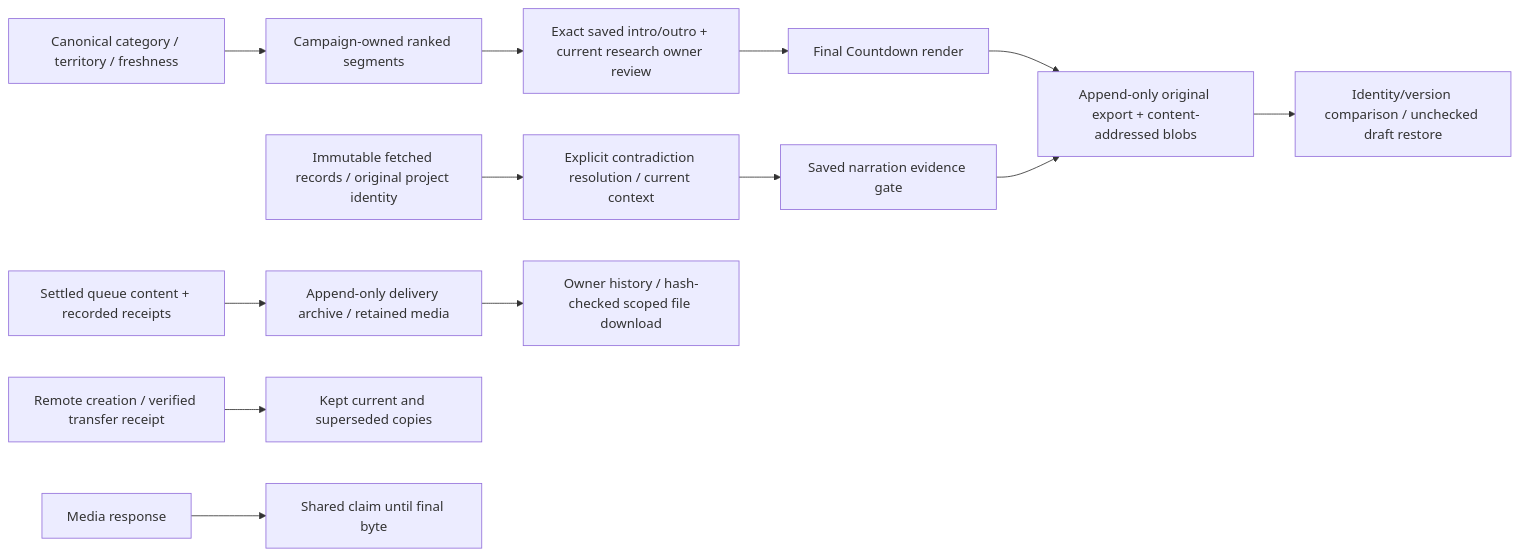
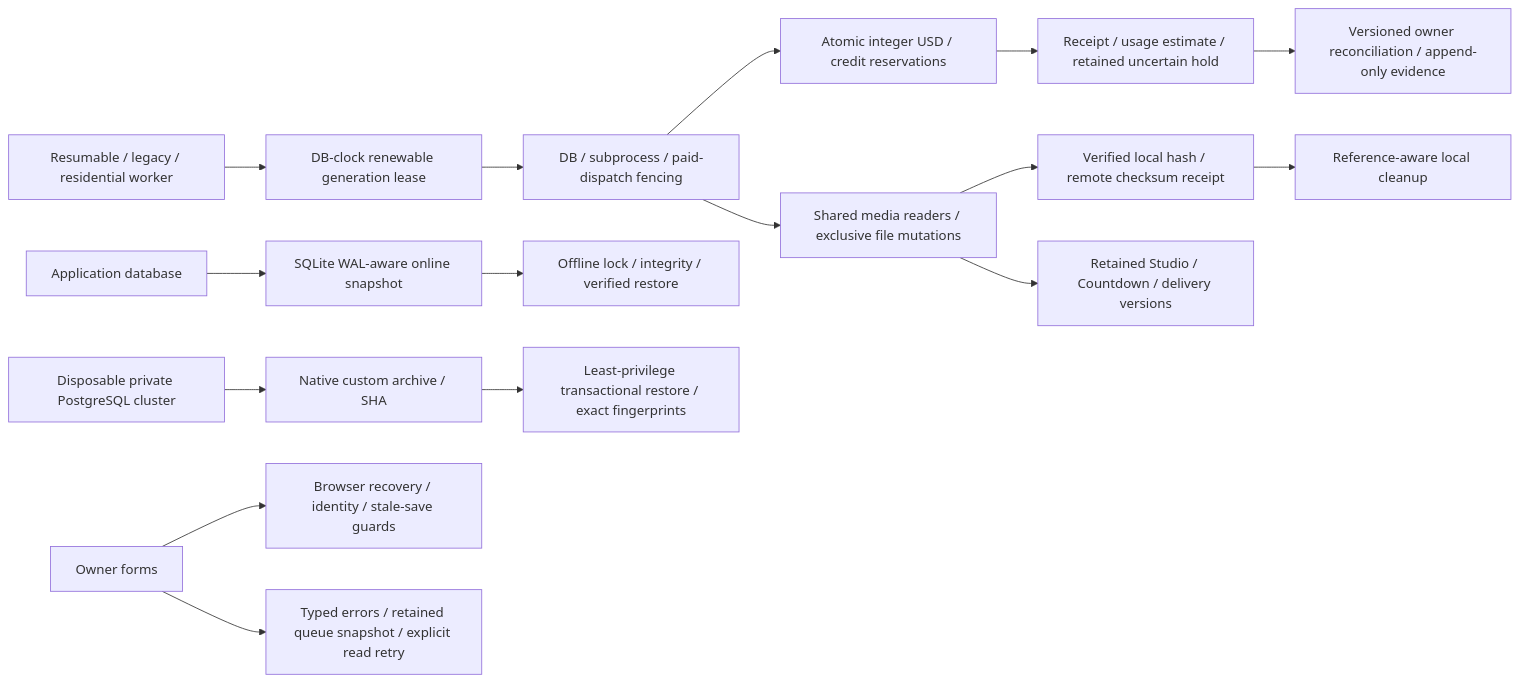
One commit to qwazi12/scrapper changed the third of 4 diagrams in docs/implementation/ARCHITECTURE_CHECKPOINT.md. Above: the diagram before and after it, drawn with Mermaid. The commit also changed other lines of this file and 5 other files, not shown here.

Commit message:
Reconcile current architecture evidence and continuous-work handoff

````diff
--- a/docs/implementation/ARCHITECTURE_CHECKPOINT.md
+++ b/docs/implementation/ARCHITECTURE_CHECKPOINT.md
@@ -125,15 +80,18 @@
 ```mermaid
 flowchart LR
-  SOURCES[Immutable fetched records / original project identity] --> CONFLICTS[Explicit contradiction resolution / current context]
-  CONFLICTS --> NARRATION[Saved narration evidence gate]
-  CATEGORY[Canonical category / territory / freshness] --> COUNTDOWN[Campaign-owned ranked segments]
-  COUNTDOWN --> WORDS[Exact saved intro/outro + current research owner review]
-  WORDS --> STITCH[Final Countdown render]
-  STITCH --> VERSION[Append-only original export + content-addressed blobs]
-  NARRATION --> VERSION
-  VERSION --> RECOVER[Identity/version comparison / unchecked draft restore]
-  DELIVERED[Settled queue content + recorded receipts] --> HISTORY[Append-only delivery archive / retained media]
-  HISTORY --> PRIVATE[Owner history / hash-checked scoped file download]
-  TRANSFER[Remote creation / verified transfer receipt] --> REMOTE[Kept current and superseded copies]
-  RESPONSE[Media response] --> READ[Shared claim until final byte]
+  JOB[Resumable / legacy / residential worker] --> LEASE[DB-clock renewable generation lease]
+  LEASE --> FENCE[DB / subprocess / paid-dispatch fencing]
+  FENCE --> HOLD[Atomic integer USD / credit reservations]
+  HOLD --> USAGE[Receipt / usage estimate / retained uncertain hold]
+  USAGE --> FINANCE[Versioned owner reconciliation / append-only evidence]
+  FENCE --> FILE[Shared media readers / exclusive file mutations]
+  FILE --> COPY[Verified local hash / remote checksum receipt]
+  COPY --> CLEANUP[Reference-aware local cleanup]
+  FILE --> VERSION[Retained Studio / Countdown / delivery versions]
+  DB[Application database] --> SNAP[SQLite WAL-aware online snapshot]
+  SNAP --> RESTORE[Offline lock / integrity / verified restore]
+  PG[Disposable private PostgreSQL cluster] --> DUMP[Native custom archive / SHA]
+  DUMP --> PGRESTORE[Least-privilege transactional restore / exact fingerprints]
+  UI[Owner forms] --> DRAFT[Browser recovery / identity / stale-save guards]
+  UI --> READ[Typed errors / retained queue snapshot / explicit read retry]
 ```
````
